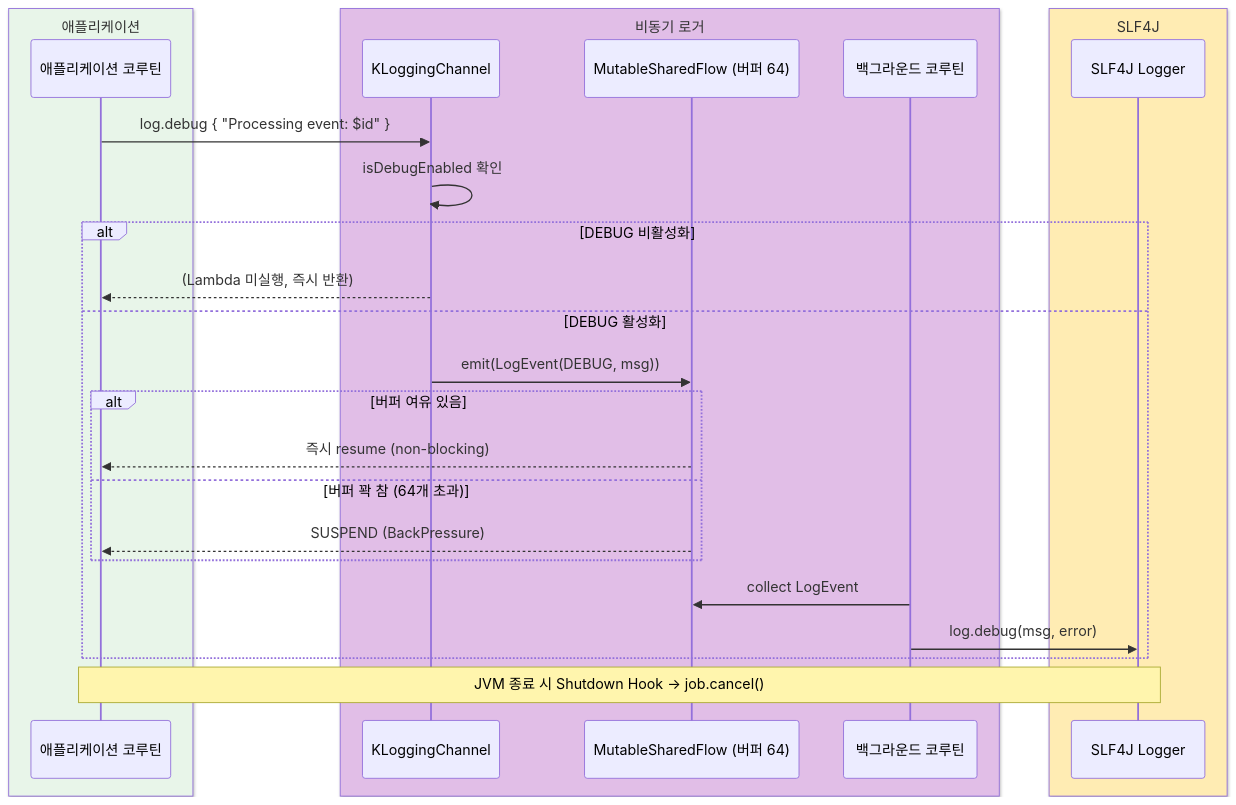
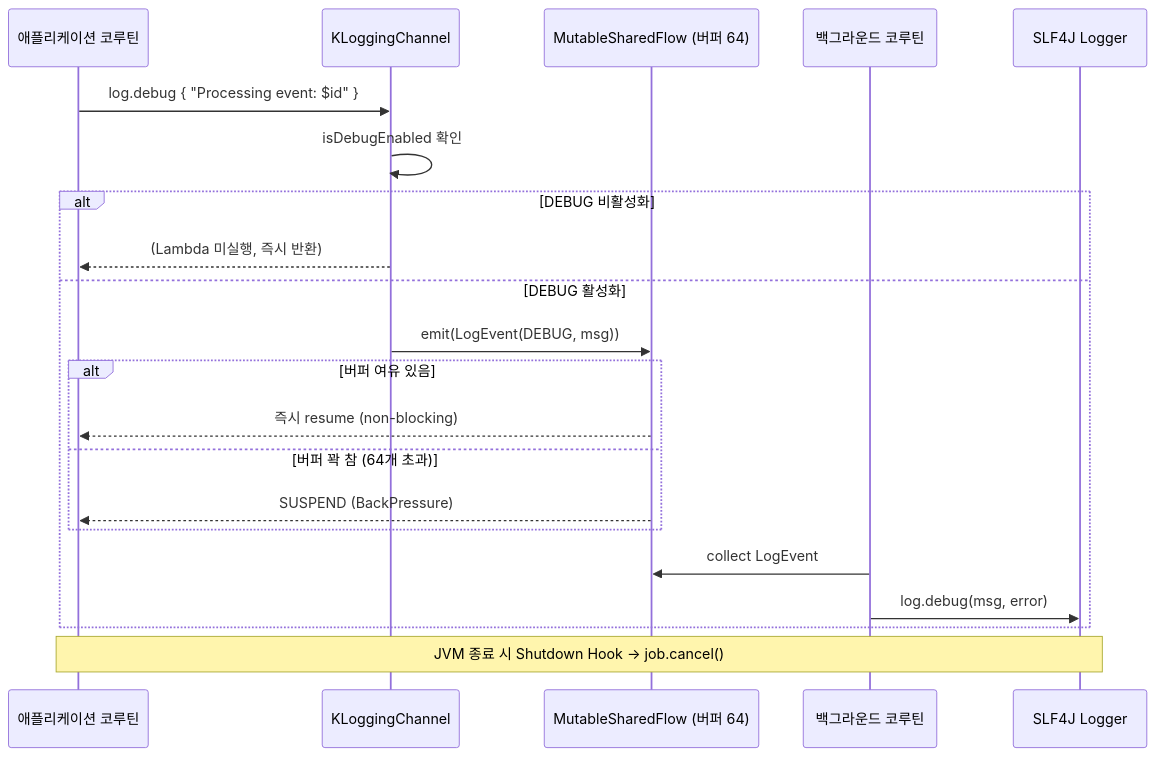
The third of 3 diagrams in bluetape4k/logging/README.ko.md (bluetape4k/bluetape4k-projects), drawn with Mermaid before and after one commit. The commit also changed other lines of this file and 219 other files, not shown here.

First line of the commit message:
docs: 전체 README Mermaid 다이어그램 가이드 적용

````diff
--- a/bluetape4k/logging/README.ko.md
+++ b/bluetape4k/logging/README.ko.md
@@ -129,31 +129,25 @@
 ```mermaid
 sequenceDiagram
-    box rgb(232, 245, 233) 애플리케이션
         participant App as 애플리케이션 코루틴
-    end
-    box rgb(225, 190, 231) 비동기 로거
         participant CH as KLoggingChannel
         participant SF as MutableSharedFlow (버퍼 64)
         participant BG as 백그라운드 코루틴
-    end
-    box rgb(255, 236, 179) SLF4J
         participant SLF as SLF4J Logger
-    end
 
     App->>CH: log.debug { "Processing event: $id" }
     CH->>CH: isDebugEnabled 확인
     alt DEBUG 비활성화
         CH-->>App: (Lambda 미실행, 즉시 반환)
     else DEBUG 활성화
         CH->>SF: emit(LogEvent(DEBUG, msg))
         alt 버퍼 여유 있음
             SF-->>App: 즉시 resume (non-blocking)
         else 버퍼 꽉 참 (64개 초과)
             SF-->>App: SUSPEND (BackPressure)
         end
         BG->>SF: collect LogEvent
         BG->>SLF: log.debug(msg, error)
     end
 
     Note over App,SLF: JVM 종료 시 Shutdown Hook → job.cancel()
 ```
````
